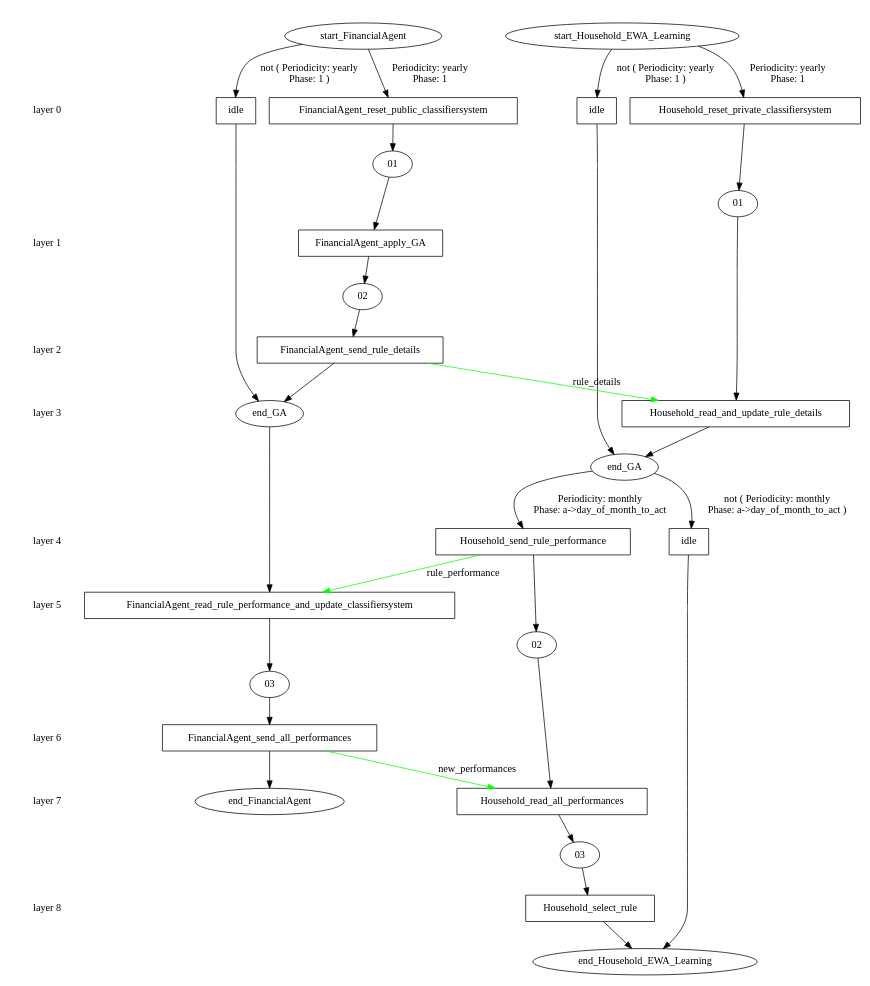
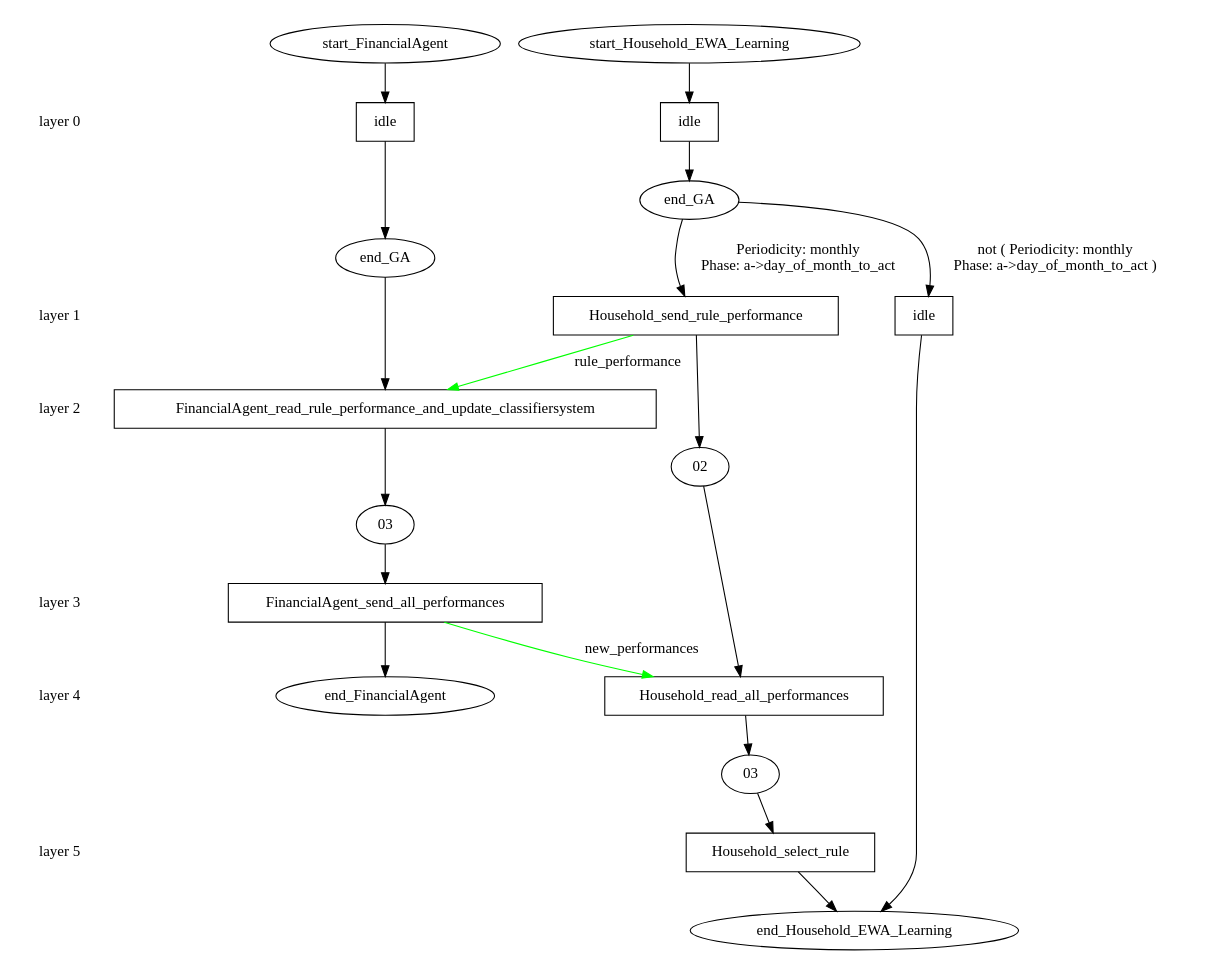
The diagram in models/AFM/afm_branches/initial/ewa_learning/stategraph.dot (ETACE/EURACE), drawn with Graphviz before and after one commit. The commit also changed 7 other files, not shown here.

```diff
--- a/models/AFM/afm_branches/initial/ewa_learning/stategraph.dot
+++ b/models/AFM/afm_branches/initial/ewa_learning/stategraph.dot
@@ -1,90 +1,62 @@
 digraph state_graph {
 	rankdir=TB;
 	size="8,5;"
 	layer_0 [shape=plaintext, label="layer 0"];
 	layer_1 [shape=plaintext, label="layer 1"];
 	layer_0 -> layer_1 [style=invis];
 	layer_2 [shape=plaintext, label="layer 2"];
 	layer_1 -> layer_2 [style=invis];
 	layer_3 [shape=plaintext, label="layer 3"];
 	layer_2 -> layer_3 [style=invis];
 	layer_4 [shape=plaintext, label="layer 4"];
 	layer_3 -> layer_4 [style=invis];
 	layer_5 [shape=plaintext, label="layer 5"];
 	layer_4 -> layer_5 [style=invis];
-	layer_6 [shape=plaintext, label="layer 6"];
-	layer_5 -> layer_6 [style=invis];
-	layer_7 [shape=plaintext, label="layer 7"];
-	layer_6 -> layer_7 [style=invis];
-	layer_8 [shape=plaintext, label="layer 8"];
-	layer_7 -> layer_8 [style=invis];
 	
 	/* States */
 	Household_03 [label = "03"]
 	Household_02 [label = "02"]
 	Household_end_Household_EWA_Learning [label = "end_Household_EWA_Learning"]
-	Household_01 [label = "01"]
 	Household_end_GA [label = "end_GA"]
 	Household_start_Household_EWA_Learning [label = "start_Household_EWA_Learning"]
 	FinancialAgent_end_FinancialAgent [label = "end_FinancialAgent"]
 	FinancialAgent_03 [label = "03"]
-	FinancialAgent_02 [label = "02"]
-	FinancialAgent_01 [label = "01"]
 	FinancialAgent_end_GA [label = "end_GA"]
 	FinancialAgent_start_FinancialAgent [label = "start_FinancialAgent"]
 	Household_idle_start_Household_EWA_Learning_end_GA [label = "idle", shape = rect]
-	Household_Household_reset_private_classifiersystem_start_Household_EWA_Learning_01 [label = "Household_reset_private_classifiersystem", shape = rect]
-	Household_Household_read_and_update_rule_details_01_end_GA [label = "Household_read_and_update_rule_details", shape = rect]
 	Household_idle_end_GA_end_Household_EWA_Learning [label = "idle", shape = rect]
 	Household_Household_send_rule_performance_end_GA_02 [label = "Household_send_rule_performance", shape = rect]
 	Household_Household_read_all_performances_02_03 [label = "Household_read_all_performances", shape = rect]
 	Household_Household_select_rule_03_end_Household_EWA_Learning [label = "Household_select_rule", shape = rect]
 	FinancialAgent_idle_start_FinancialAgent_end_GA [label = "idle", shape = rect]
-	FinancialAgent_FinancialAgent_reset_public_classifiersystem_start_FinancialAgent_01 [label = "FinancialAgent_reset_public_classifiersystem", shape = rect]
-	FinancialAgent_FinancialAgent_apply_GA_01_02 [label = "FinancialAgent_apply_GA", shape = rect]
-	FinancialAgent_FinancialAgent_send_rule_details_02_end_GA [label = "FinancialAgent_send_rule_details", shape = rect]
 	FinancialAgent_FinancialAgent_read_rule_performance_and_update_classifiersystem_end_GA_03 [label = "FinancialAgent_read_rule_performance_and_update_classifiersystem", shape = rect]
 	FinancialAgent_FinancialAgent_send_all_performances_03_end_FinancialAgent [label = "FinancialAgent_send_all_performances", shape = rect]
 	
 	/* Transitions */
-	Household_start_Household_EWA_Learning -> Household_idle_start_Household_EWA_Learning_end_GA [ label = "not ( Periodicity: yearly\nPhase: 1 )"];
+	Household_start_Household_EWA_Learning -> Household_idle_start_Household_EWA_Learning_end_GA;
 	Household_idle_start_Household_EWA_Learning_end_GA -> Household_end_GA;
-	Household_start_Household_EWA_Learning -> Household_Household_reset_private_classifiersystem_start_Household_EWA_Learning_01 [ label = "Periodicity: yearly\nPhase: 1"];
-	Household_Household_reset_private_classifiersystem_start_Household_EWA_Learning_01 -> Household_01;
-	Household_01 -> Household_Household_read_and_update_rule_details_01_end_GA;
-	Household_Household_read_and_update_rule_details_01_end_GA -> Household_end_GA;
 	Household_end_GA -> Household_idle_end_GA_end_Household_EWA_Learning [ label = "not ( Periodicity: monthly\nPhase: a->day_of_month_to_act )"];
 	Household_idle_end_GA_end_Household_EWA_Learning -> Household_end_Household_EWA_Learning;
 	Household_end_GA -> Household_Household_send_rule_performance_end_GA_02 [ label = "Periodicity: monthly\nPhase: a->day_of_month_to_act"];
 	Household_Household_send_rule_performance_end_GA_02 -> Household_02;
 	Household_02 -> Household_Household_read_all_performances_02_03;
 	Household_Household_read_all_performances_02_03 -> Household_03;
 	Household_03 -> Household_Household_select_rule_03_end_Household_EWA_Learning;
 	Household_Household_select_rule_03_end_Household_EWA_Learning -> Household_end_Household_EWA_Learning;
-	FinancialAgent_start_FinancialAgent -> FinancialAgent_idle_start_FinancialAgent_end_GA [ label = "not ( Periodicity: yearly\nPhase: 1 )"];
+	FinancialAgent_start_FinancialAgent -> FinancialAgent_idle_start_FinancialAgent_end_GA;
 	FinancialAgent_idle_start_FinancialAgent_end_GA -> FinancialAgent_end_GA;
-	FinancialAgent_start_FinancialAgent -> FinancialAgent_FinancialAgent_reset_public_classifiersystem_start_FinancialAgent_01 [ label = "Periodicity: yearly\nPhase: 1"];
-	FinancialAgent_FinancialAgent_reset_public_classifiersystem_start_FinancialAgent_01 -> FinancialAgent_01;
-	FinancialAgent_01 -> FinancialAgent_FinancialAgent_apply_GA_01_02;
-	FinancialAgent_FinancialAgent_apply_GA_01_02 -> FinancialAgent_02;
-	FinancialAgent_02 -> FinancialAgent_FinancialAgent_send_rule_details_02_end_GA;
-	FinancialAgent_FinancialAgent_send_rule_details_02_end_GA -> FinancialAgent_end_GA;
 	FinancialAgent_end_GA -> FinancialAgent_FinancialAgent_read_rule_performance_and_update_classifiersystem_end_GA_03;
 	FinancialAgent_FinancialAgent_read_rule_performance_and_update_classifiersystem_end_GA_03 -> FinancialAgent_03;
 	FinancialAgent_03 -> FinancialAgent_FinancialAgent_send_all_performances_03_end_FinancialAgent;
 	FinancialAgent_FinancialAgent_send_all_performances_03_end_FinancialAgent -> FinancialAgent_end_FinancialAgent;
 	
 	/* Communications */
 	Household_Household_send_rule_performance_end_GA_02 -> FinancialAgent_FinancialAgent_read_rule_performance_and_update_classifiersystem_end_GA_03 [ label = "rule_performance" color="#00ff00" constraint=false];
 	FinancialAgent_FinancialAgent_send_all_performances_03_end_FinancialAgent -> Household_Household_read_all_performances_02_03 [ label = "new_performances" color="#00ff00" constraint=false];
-	FinancialAgent_FinancialAgent_send_rule_details_02_end_GA -> Household_Household_read_and_update_rule_details_01_end_GA [ label = "rule_details" color="#00ff00" constraint=false];
-	{ rank=same; layer_0;  Household_idle_start_Household_EWA_Learning_end_GA;  Household_Household_reset_private_classifiersystem_start_Household_EWA_Learning_01;  FinancialAgent_idle_start_FinancialAgent_end_GA;  FinancialAgent_FinancialAgent_reset_public_classifiersystem_start_FinancialAgent_01; }
-	{ rank=same; layer_1;  FinancialAgent_FinancialAgent_apply_GA_01_02; }
-	{ rank=same; layer_2;  FinancialAgent_FinancialAgent_send_rule_details_02_end_GA; }
-	{ rank=same; layer_3;  Household_Household_read_and_update_rule_details_01_end_GA; }
-	{ rank=same; layer_4;  Household_idle_end_GA_end_Household_EWA_Learning;  Household_Household_send_rule_performance_end_GA_02; }
-	{ rank=same; layer_5;  FinancialAgent_FinancialAgent_read_rule_performance_and_update_classifiersystem_end_GA_03; }
-	{ rank=same; layer_6;  FinancialAgent_FinancialAgent_send_all_performances_03_end_FinancialAgent; }
-	{ rank=same; layer_7;  Household_Household_read_all_performances_02_03; }
-	{ rank=same; layer_8;  Household_Household_select_rule_03_end_Household_EWA_Learning; }
+	{ rank=same; layer_0;  Household_idle_start_Household_EWA_Learning_end_GA;  FinancialAgent_idle_start_FinancialAgent_end_GA; }
+	{ rank=same; layer_1;  Household_idle_end_GA_end_Household_EWA_Learning;  Household_Household_send_rule_performance_end_GA_02; }
+	{ rank=same; layer_2;  FinancialAgent_FinancialAgent_read_rule_performance_and_update_classifiersystem_end_GA_03; }
+	{ rank=same; layer_3;  FinancialAgent_FinancialAgent_send_all_performances_03_end_FinancialAgent; }
+	{ rank=same; layer_4;  Household_Household_read_all_performances_02_03; }
+	{ rank=same; layer_5;  Household_Household_select_rule_03_end_Household_EWA_Learning; }
 }
```
